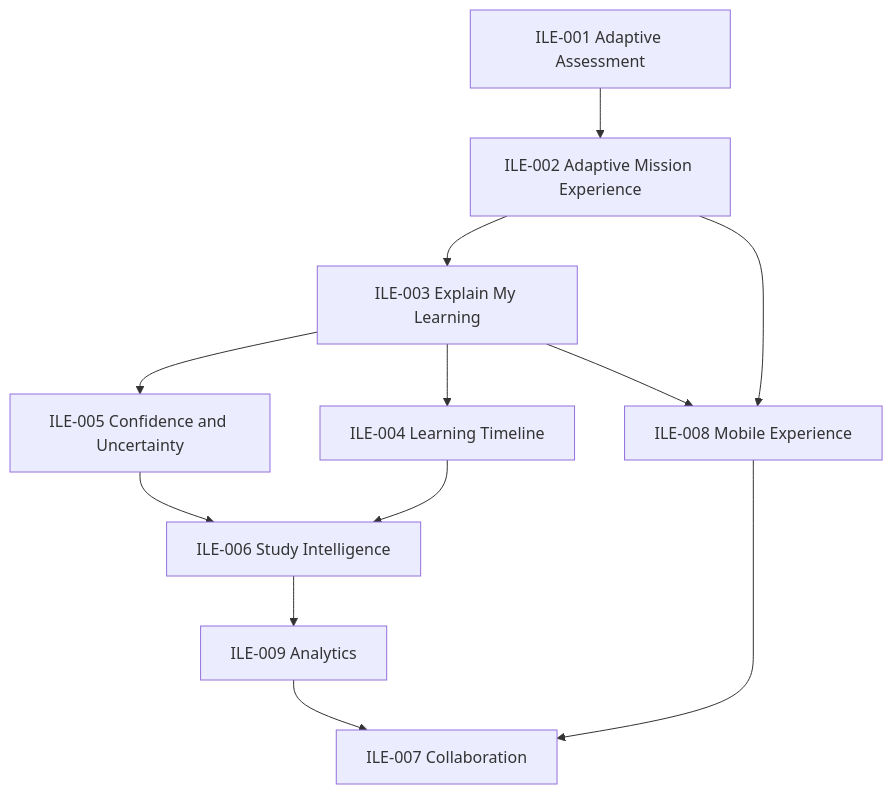
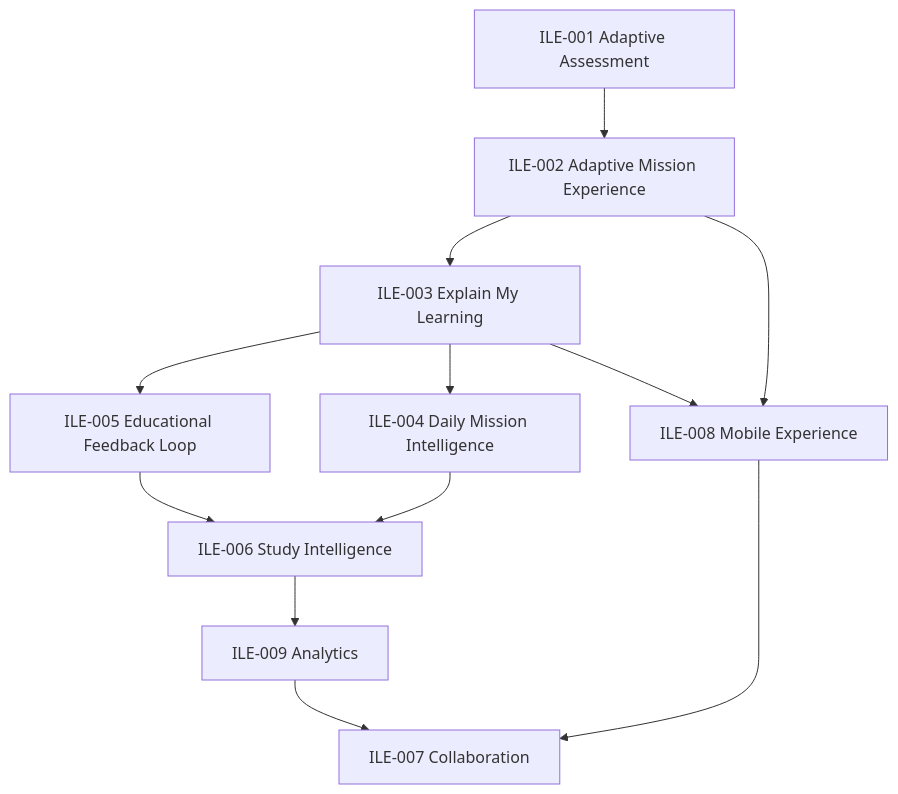
The diagram in knowledge/product/PRODUCT_ROADMAP.md (Michael-Burn/Kwalitec), drawn with Mermaid before and after one commit. The commit also changed other lines of this file and 34 other files, not shown here.

Commit message:
feat(ile-005): implement educational feedback loop

````diff
--- a/knowledge/product/PRODUCT_ROADMAP.md
+++ b/knowledge/product/PRODUCT_ROADMAP.md
@@ -171,14 +176,14 @@
 ```mermaid
 flowchart TD
   A[ILE-001 Adaptive Assessment] --> B[ILE-002 Adaptive Mission Experience]
   B --> C[ILE-003 Explain My Learning]
-  C --> D[ILE-005 Confidence and Uncertainty]
-  C --> E[ILE-004 Learning Timeline]
+  C --> D[ILE-005 Educational Feedback Loop]
+  C --> E[ILE-004 Daily Mission Intelligence]
   D --> F[ILE-006 Study Intelligence]
   E --> F
   F --> G[ILE-009 Analytics]
   B --> H[ILE-008 Mobile Experience]
   C --> H
   G --> I[ILE-007 Collaboration]
   H --> I
 ```
````
